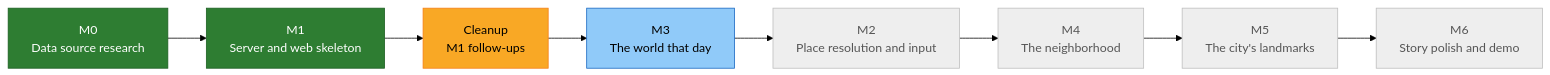
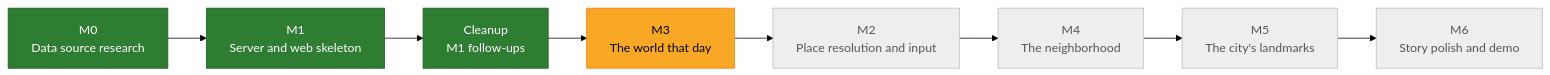
The diagram in README.md (ericmschoi/The-World-That-Day), drawn with Mermaid (forest theme) before and after one commit. The commit also changed other lines of this file and 1 other file, not shown here.

Commit message:
docs: mark M1 follow-ups done and track M3 features in the README

````diff
--- a/README.md
+++ b/README.md
@@ -19,17 +19,17 @@
 ```mermaid
 flowchart LR
     M0["M0<br/>Data source research"]:::done
     M1["M1<br/>Server and web skeleton"]:::done
-    C["Cleanup<br/>M1 follow-ups"]:::doing
-    M3["M3<br/>The world that day"]:::next
+    C["Cleanup<br/>M1 follow-ups"]:::done
+    M3["M3<br/>The world that day"]:::doing
     M2["M2<br/>Place resolution and input"]:::todo
     M4["M4<br/>The neighborhood"]:::todo
     M5["M5<br/>The city's landmarks"]:::todo
     M6["M6<br/>Story polish and demo"]:::todo
     M0 --> M1 --> C --> M3 --> M2 --> M4 --> M5 --> M6
 
     classDef done fill:#2e7d32,color:#fff,stroke:#1b5e20
     classDef doing fill:#f9a825,color:#000,stroke:#f57f17
     classDef next fill:#90caf9,color:#000,stroke:#1565c0
     classDef todo fill:#eeeeee,color:#555,stroke:#bdbdbd
 ```
````
